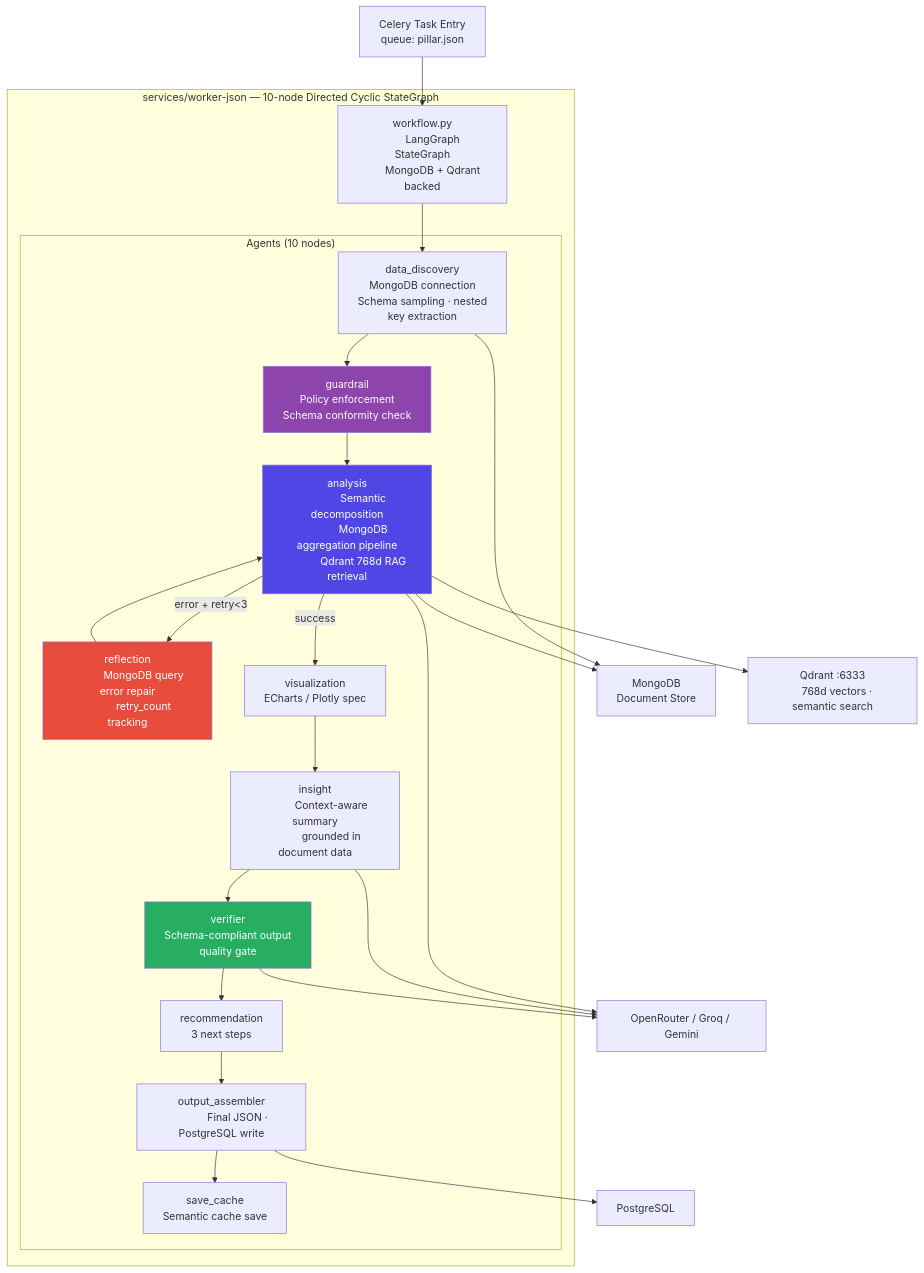
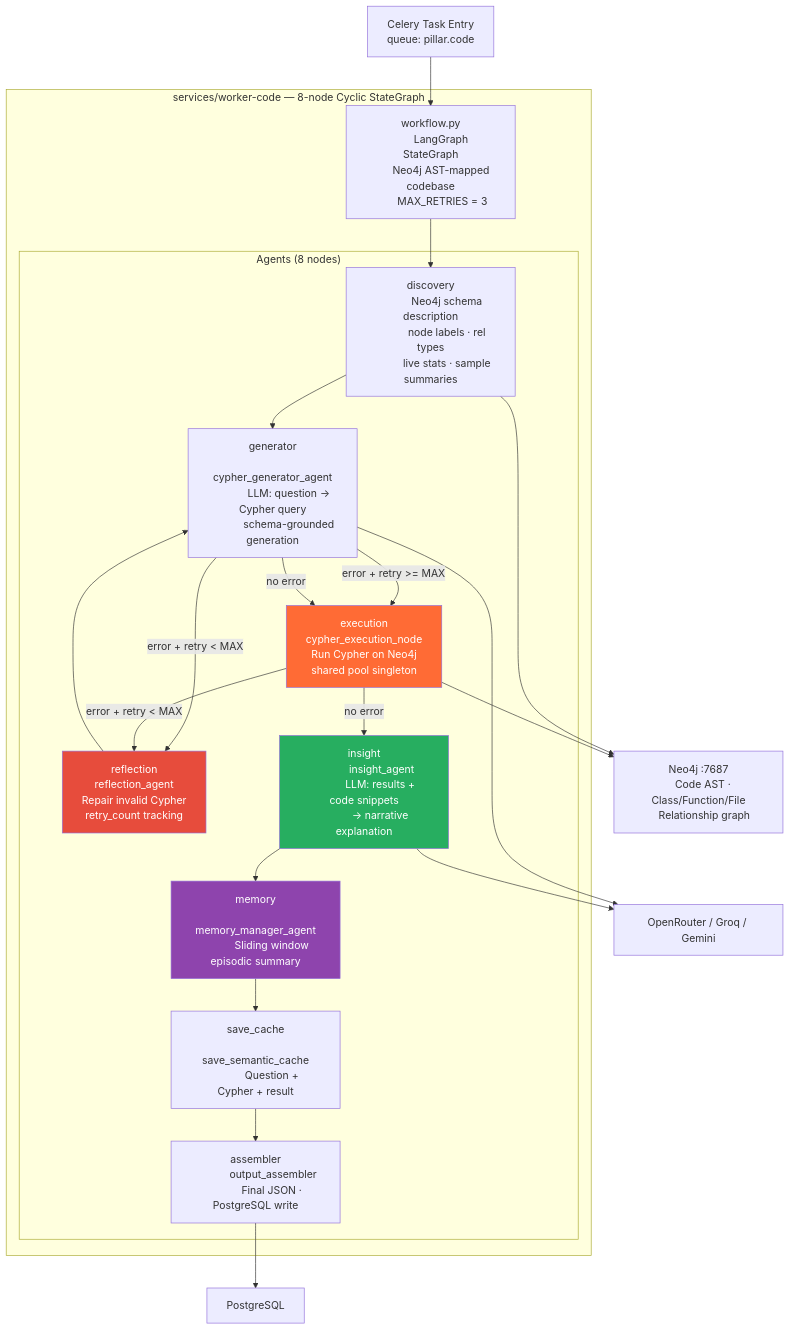
One commit to OmarAbdelhamidAly/OpenQ-Federated-Agentic-Intelligence-Platform changed the seventh of 13 diagrams in NTI_C4_DIAGRAMS.md. Above: the diagram before and after it, drawn with Mermaid. The commit also changed other lines of this file and 15 other files, not shown here.

````diff
--- a/NTI_C4_DIAGRAMS.md
+++ b/NTI_C4_DIAGRAMS.md
@@ -562,75 +734,75 @@
 ```mermaid
 graph TD
     Celery["Celery Task Entry
-    queue: pillar.json"]
+    queue: pillar.code"]
 
-    subgraph JSONWorker ["services/worker-json — 10-node Directed Cyclic StateGraph"]
+    subgraph CodeWorker ["services/worker-code — 8-node Cyclic StateGraph"]
         WF["workflow.py
         LangGraph StateGraph
-        MongoDB + Qdrant backed"]
+        Neo4j AST-mapped codebase
+        MAX_RETRIES = 3"]
 
-        subgraph Agents ["Agents (10 nodes)"]
-            DD["data_discovery
-            MongoDB connection
-            Schema sampling · nested
-            key extraction"]
+        subgraph Agents ["Agents (8 nodes)"]
+            DD["discovery
+            Neo4j schema description
+            node labels · rel types
+            live stats · sample summaries"]
 
-            GR["guardrail
-            Policy enforcement
-            Schema conformity check"]
-
-            AN["analysis
-            Semantic decomposition
-            MongoDB aggregation pipeline
-            Qdrant 768d RAG retrieval"]
+            GEN["generator
+            cypher_generator_agent
+            LLM: question → Cypher query
+            schema-grounded generation"]
 
             RF["reflection
-            MongoDB query error repair
+            reflection_agent
+            Repair invalid Cypher
             retry_count tracking"]
 
-            VZ["visualization
-            ECharts / Plotly spec"]
+            EX["execution
+            cypher_execution_node
+            Run Cypher on Neo4j
+            shared pool singleton"]
 
             IN["insight
-            Context-aware summary
-            grounded in document data"]
+            insight_agent
+            LLM: results + code snippets
+            → narrative explanation"]
 
-            VR["verifier
-            Schema-compliant output
-            quality gate"]
-
-            RC["recommendation
-            3 next steps"]
-
-            OA["output_assembler
-            Final JSON · PostgreSQL write"]
+            MEM["memory
+            memory_manager_agent
+            Sliding window episodic summary"]
 
             SC["save_cache
-            Semantic cache save"]
+            save_semantic_cache
+            Question + Cypher + result"]
+
+            OA["assembler
+            output_assembler
+            Final JSON · PostgreSQL write"]
         end
     end
 
-    MongoDB["MongoDB
-    Document Store"]
-    Qdrant["Qdrant :6333
-    768d vectors · semantic search"]
+    Neo4j["Neo4j :7687
+    Code AST · Class/Function/File
+    Relationship graph"]
     LLM["OpenRouter / Groq / Gemini"]
     PG["PostgreSQL"]
 
     Celery --> WF
-    WF --> DD --> GR --> AN
-    AN -->|"error + retry<3"| RF --> AN
-    AN -->|"success"| VZ --> IN --> VR --> RC --> OA --> SC
-    DD --> MongoDB
-    AN --> MongoDB
-    AN --> Qdrant
-    AN --> LLM
+    WF --> DD --> GEN
+    GEN -->|"error + retry < MAX"| RF --> GEN
+    GEN -->|"error + retry >= MAX"| EX
+    GEN -->|"no error"| EX
+    EX -->|"error + retry < MAX"| RF
+    EX -->|"no error"| IN --> MEM --> SC --> OA
+    DD --> Neo4j
+    EX --> Neo4j
+    GEN --> LLM
     IN --> LLM
-    VR --> LLM
     OA --> PG
 
-    style GR fill:#8E44AD,color:#fff
     style RF fill:#E74C3C,color:#fff
-    style VR fill:#27AE60,color:#fff
-    style AN fill:#4F46E5,color:#fff
+    style EX fill:#FF6B35,color:#fff
+    style MEM fill:#8E44AD,color:#fff
+    style IN fill:#27AE60,color:#fff
 ```
````
